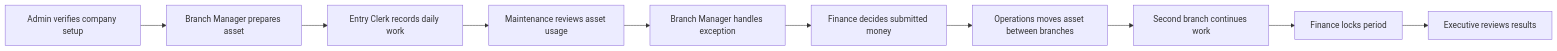
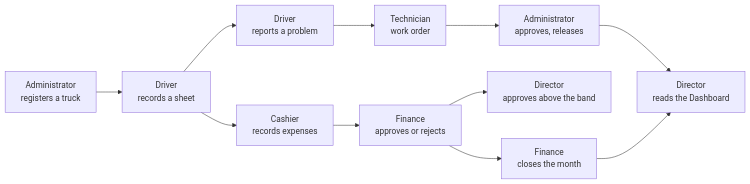
One commit to truesignal-digital/routiq changed the diagram in apps/docs/start-here/04-company-flow.md. Above: the diagram before and after it, drawn with Mermaid. The commit also changed other lines of this file and 151 other files, not shown here.

````diff
--- a/apps/docs/start-here/04-company-flow.md
+++ b/apps/docs/start-here/04-company-flow.md
@@ -35,12 +9,13 @@
 ```mermaid
 flowchart LR
-  A["Admin verifies company setup"] --> B["Branch Manager prepares asset"]
-  B --> C["Entry Clerk records daily work"]
-  C --> D["Maintenance reviews asset usage"]
-  D --> E["Branch Manager handles exception"]
-  E --> F["Finance decides submitted money"]
-  F --> G["Operations moves asset between branches"]
-  G --> H["Second branch continues work"]
-  H --> I["Finance locks period"]
-  I --> J["Executive reviews results"]
+  A[Administrator<br/>registers a truck] --> B[Driver<br/>records a sheet]
+  B --> C[Driver<br/>reports a problem]
+  C --> D[Technician<br/>work order]
+  D --> E[Administrator<br/>approves, releases]
+  B --> F[Cashier<br/>records expenses]
+  F --> G[Finance<br/>approves or rejects]
+  G --> H[Director<br/>approves above the band]
+  G --> I[Finance<br/>closes the month]
+  E --> J[Director<br/>reads the Dashboard]
+  I --> J
 ```
````
